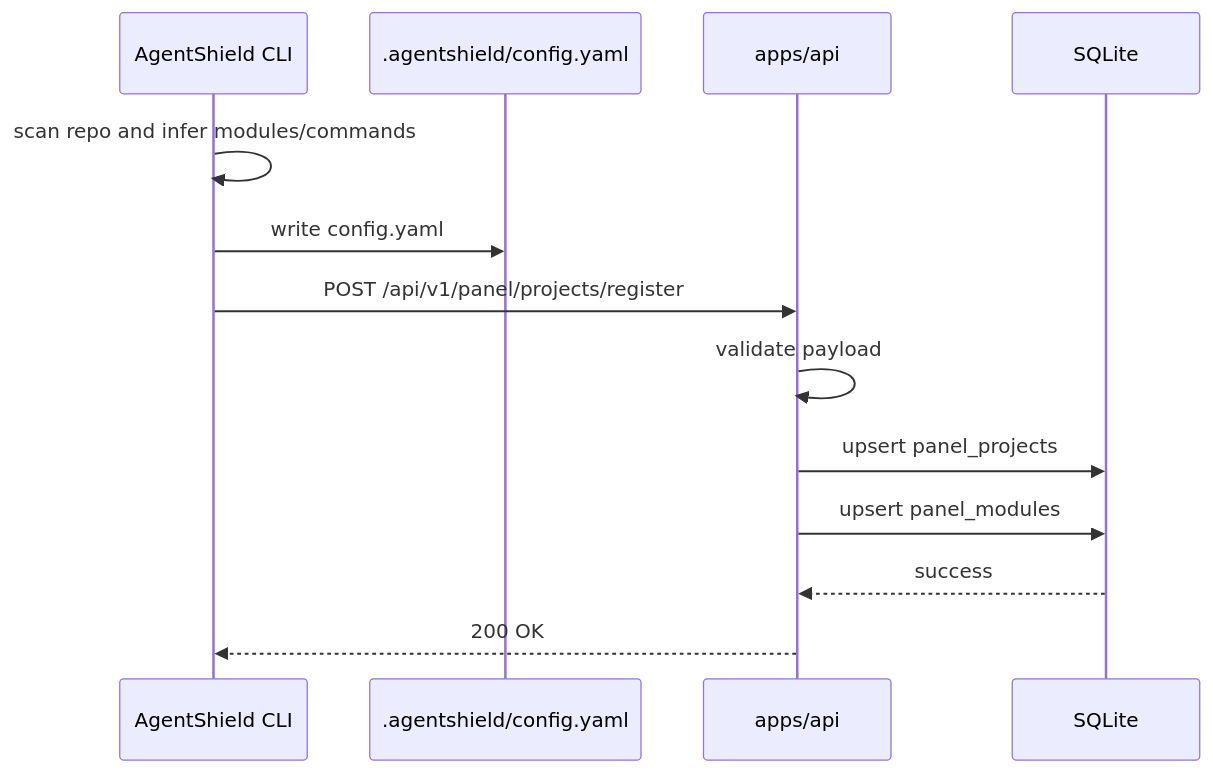
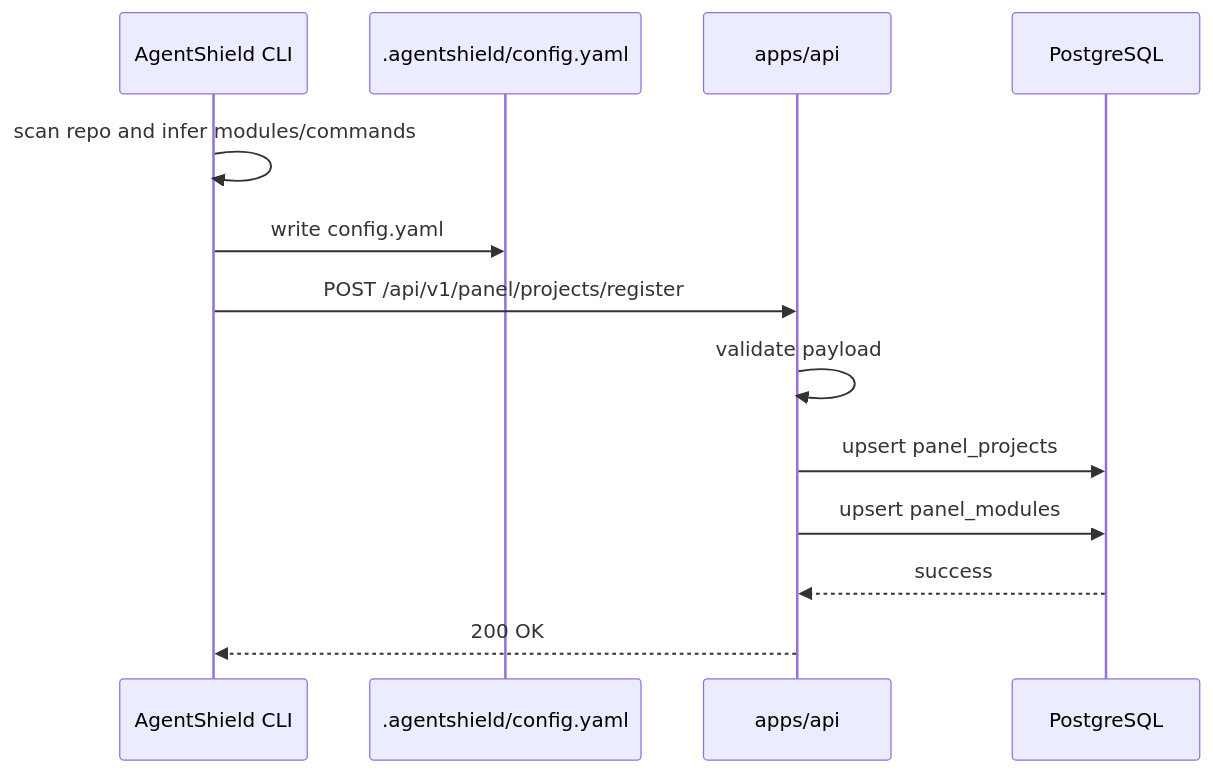
The first of 3 diagrams in docs/architecture/AgentShield-Week1-Panel-Detailed-Technical-Solution.md (tomo-inc/agent-shield-monorepo), drawn with Mermaid before and after one commit. The commit also changed other lines of this file and 47 other files, not shown here.

````diff
--- a/docs/architecture/AgentShield-Week1-Panel-Detailed-Technical-Solution.md
+++ b/docs/architecture/AgentShield-Week1-Panel-Detailed-Technical-Solution.md
@@ -752,16 +782,16 @@
 ```mermaid
 sequenceDiagram
     participant CLI as AgentShield CLI
     participant Files as .agentshield/config.yaml
     participant API as apps/api
-    participant DB as SQLite
+    participant DB as PostgreSQL
 
     CLI->>CLI: scan repo and infer modules/commands
     CLI->>Files: write config.yaml
     CLI->>API: POST /api/v1/panel/projects/register
     API->>API: validate payload
     API->>DB: upsert panel_projects
     API->>DB: upsert panel_modules
     DB-->>API: success
     API-->>CLI: 200 OK
 ```
````
